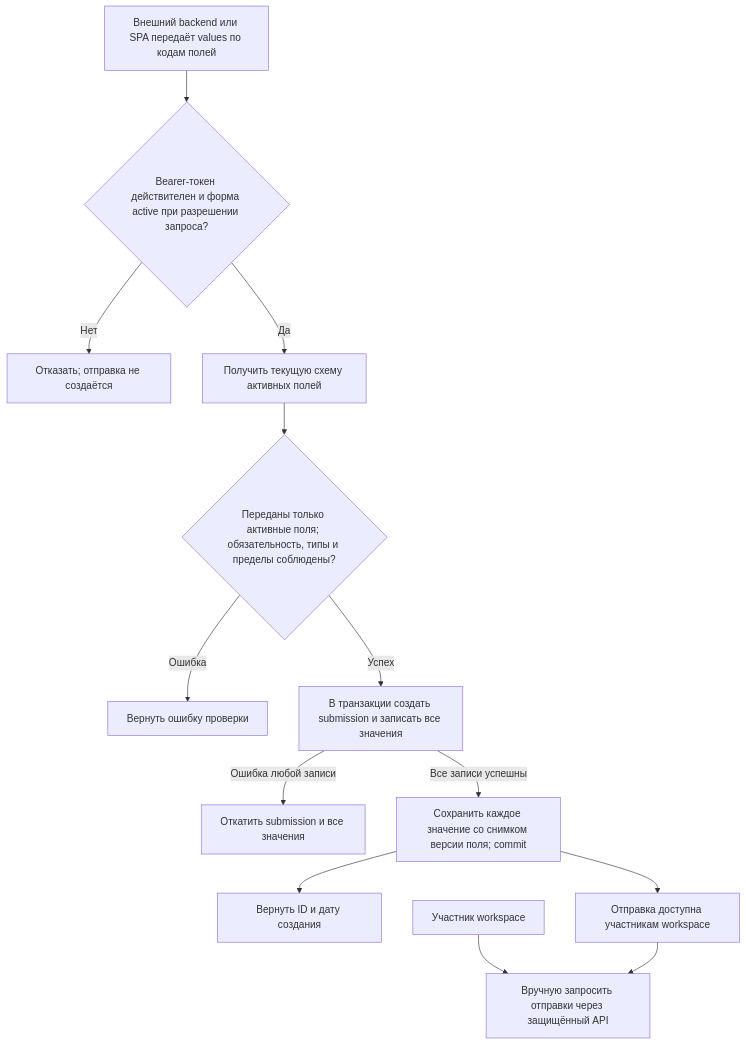
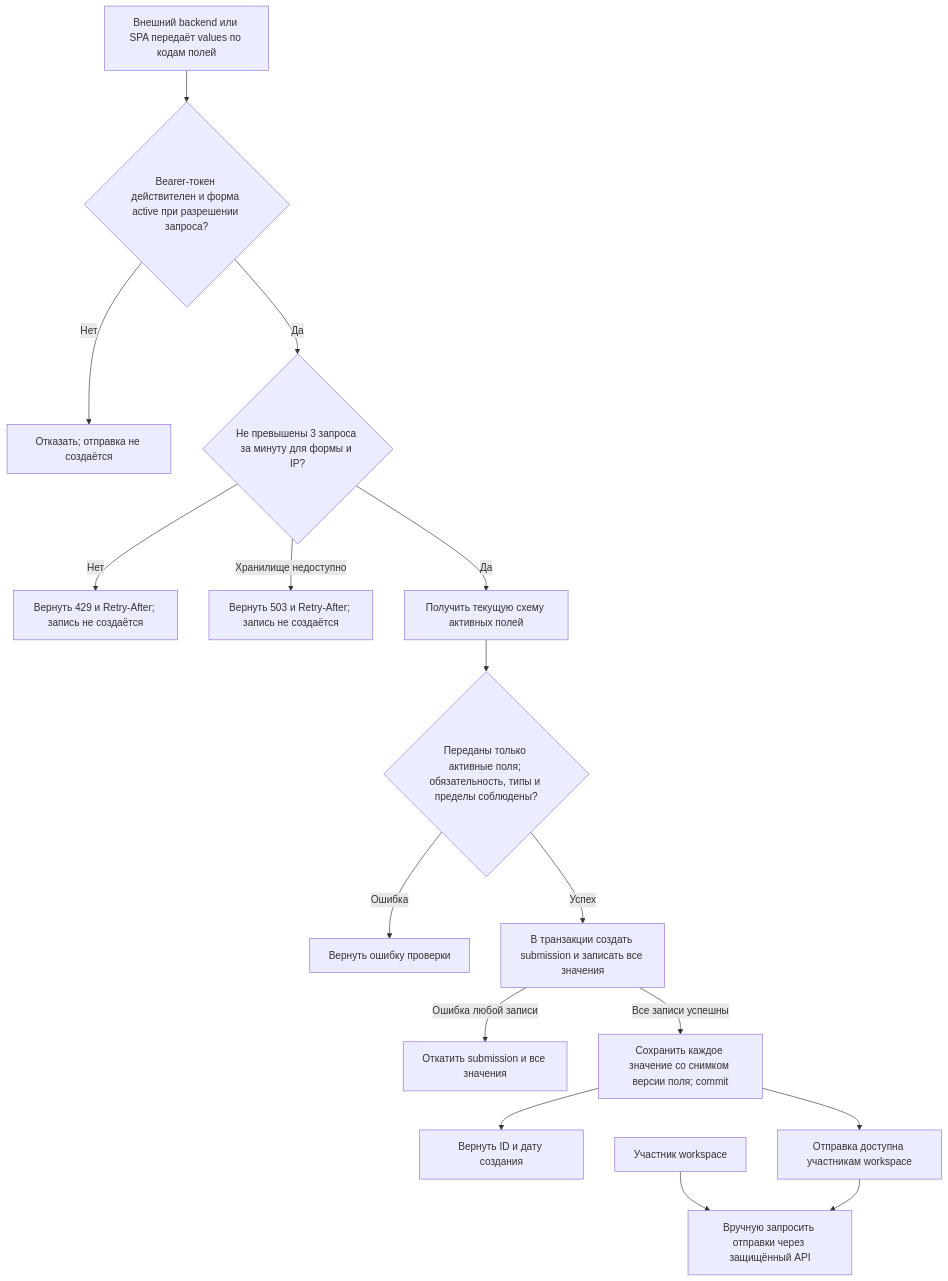
Before and after one commit to sholokhov-daniil/formflow-api: the third of 3 diagrams in docs/business-logic/submissions.md, drawn with Mermaid. The commit also changed other lines of this file and 11 other files, not shown here.

````diff
--- a/docs/business-logic/submissions.md
+++ b/docs/business-logic/submissions.md
@@ -34,15 +34,18 @@
 ```mermaid
 flowchart TD
     Client["Внешний backend или SPA передаёт values по кодам полей"] --> Token{"Bearer-токен действителен и форма active при разрешении запроса?"}
     Token -->|Нет| Denied["Отказать; отправка не создаётся"]
-    Token -->|Да| Resolve["Получить текущую схему активных полей"]
+    Token -->|Да| RateLimit{"Не превышены 3 запроса за минуту для формы и IP?"}
+    RateLimit -->|Нет| Limited["Вернуть 429 и Retry-After; запись не создаётся"]
+    RateLimit -->|Хранилище недоступно| Unavailable["Вернуть 503 и Retry-After; запись не создаётся"]
+    RateLimit -->|Да| Resolve["Получить текущую схему активных полей"]
     Resolve --> Validate{"Переданы только активные поля; обязательность, типы и пределы соблюдены?"}
     Validate -->|Ошибка| Invalid["Вернуть ошибку проверки"]
     Validate -->|Успех| Save["В транзакции создать submission и записать все значения"]
     Save -->|Ошибка любой записи| Rollback["Откатить submission и все значения"]
     Save -->|Все записи успешны| Commit["Сохранить каждое значение со снимком версии поля; commit"]
     Commit --> Result["Вернуть ID и дату создания"]
     Commit --> Stored["Отправка доступна участникам workspace"]
     Operator["Участник workspace"] --> Read["Вручную запросить отправки через защищённый API"]
     Stored --> Read
 ```
````
